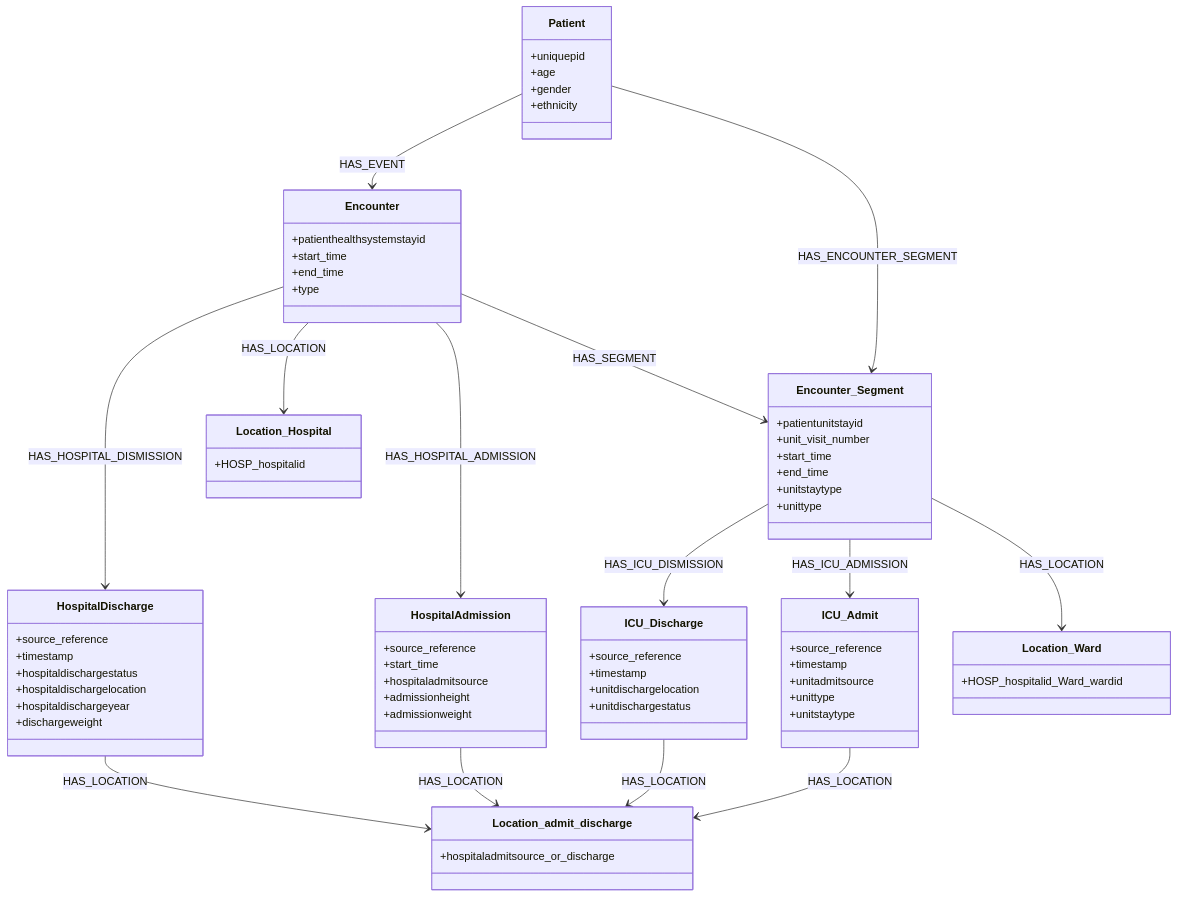
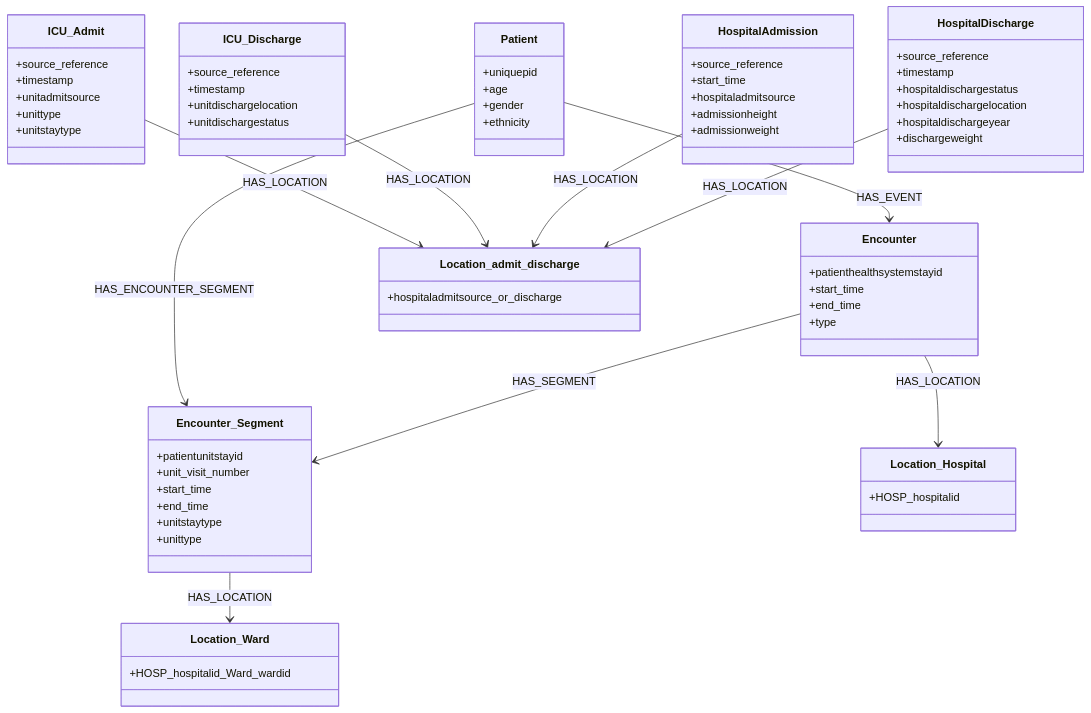
The diagram in README.md (BecksFedeUniPr/eICU_mapping), drawn with Mermaid before and after one commit. The commit also changed 3 other files, not shown here.

```diff
--- a/README.md
+++ b/README.md
@@ -100,12 +100,6 @@
     Patient --> Encounter_Segment : HAS_ENCOUNTER_SEGMENT
     Encounter --> Encounter_Segment : HAS_SEGMENT
     
-    Encounter --> HospitalAdmission : HAS_HOSPITAL_ADMISSION
-    Encounter --> HospitalDischarge : HAS_HOSPITAL_DISMISSION
-    
-    Encounter_Segment --> ICU_Admit : HAS_ICU_ADMISSION
-    Encounter_Segment --> ICU_Discharge : HAS_ICU_DISMISSION
-    
     Encounter --> Location_Hospital : HAS_LOCATION
     Encounter_Segment --> Location_Ward : HAS_LOCATION
     
```
